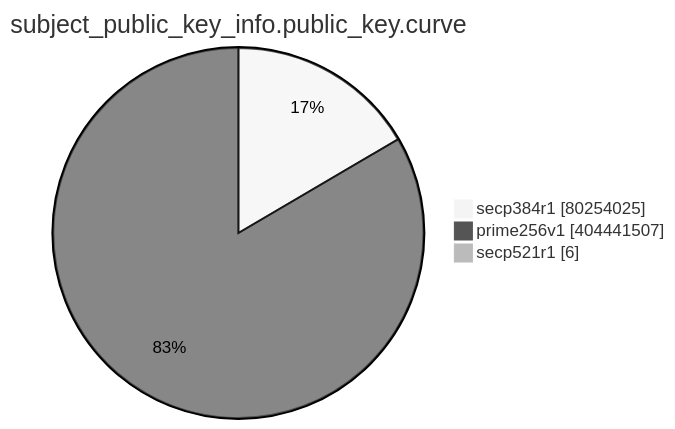
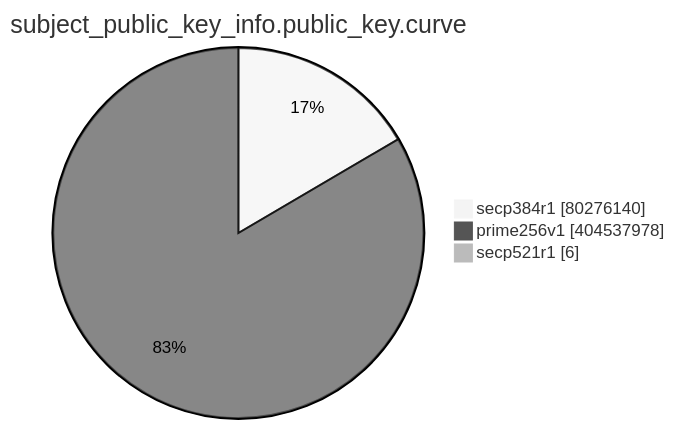
One commit to christiankrug/ctmonitor_visualization changed the eighth of 15 diagrams in TOTAL/README.md. Above: the diagram before and after it, drawn with Mermaid (neutral theme). The commit also changed other lines of this file, not shown here.

````diff
--- a/TOTAL/README.md
+++ b/TOTAL/README.md
@@ -3095,7 +3095,7 @@
 ```mermaid
 pie showData
 title subject_public_key_info.public_key.curve
-"secp384r1" :80254025
-"prime256v1" :404441507
+"secp384r1" :80276140
+"prime256v1" :404537978
 "secp521r1" :6
 ```
````
